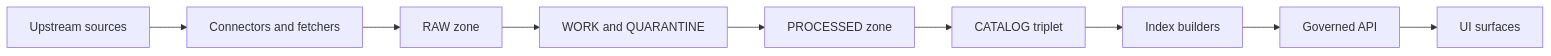
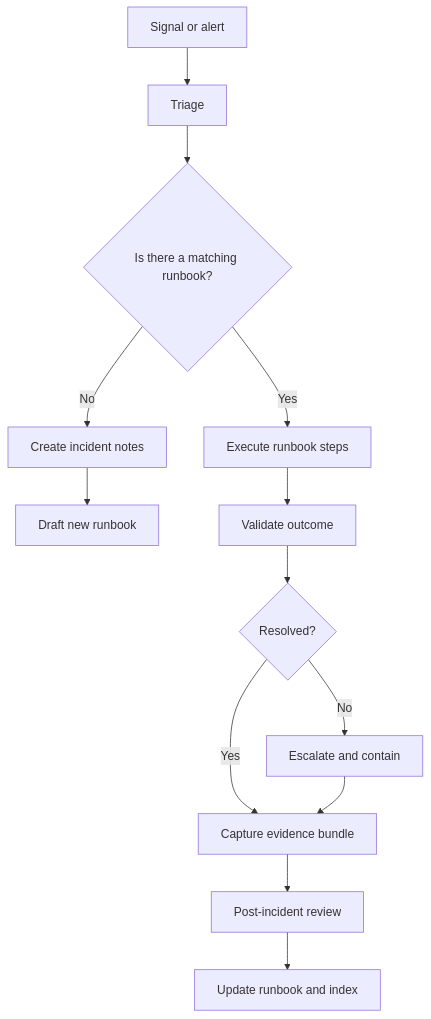
The diagram in docs/runbooks/README.md (bartytime4life/Kansas-Frontier-Matrix), drawn with Mermaid before and after one commit. The commit also changed other lines of this file, not shown here.

````diff
--- a/docs/runbooks/README.md
+++ b/docs/runbooks/README.md
@@ -111,11 +237,15 @@
 ```mermaid
-flowchart LR
-  U[Upstream sources] --> C[Connectors and fetchers]
-  C --> R[RAW zone]
-  R --> W[WORK and QUARANTINE]
-  W --> P[PROCESSED zone]
-  P --> T[CATALOG triplet]
-  T --> X[Index builders]
-  X --> A[Governed API]
-  A --> S[UI surfaces]
+flowchart TD
+  A[Signal or alert] --> B[Triage]
+  B --> C{Is there a matching runbook?}
+  C -- Yes --> D[Execute runbook steps]
+  C -- No --> E[Create incident notes]
+  E --> F[Draft new runbook]
+  D --> G[Validate outcome]
+  G --> H{Resolved?}
+  H -- Yes --> I[Capture evidence bundle]
+  H -- No --> J[Escalate and contain]
+  J --> I
+  I --> K[Post-incident review]
+  K --> L[Update runbook and index]
 ```
````
